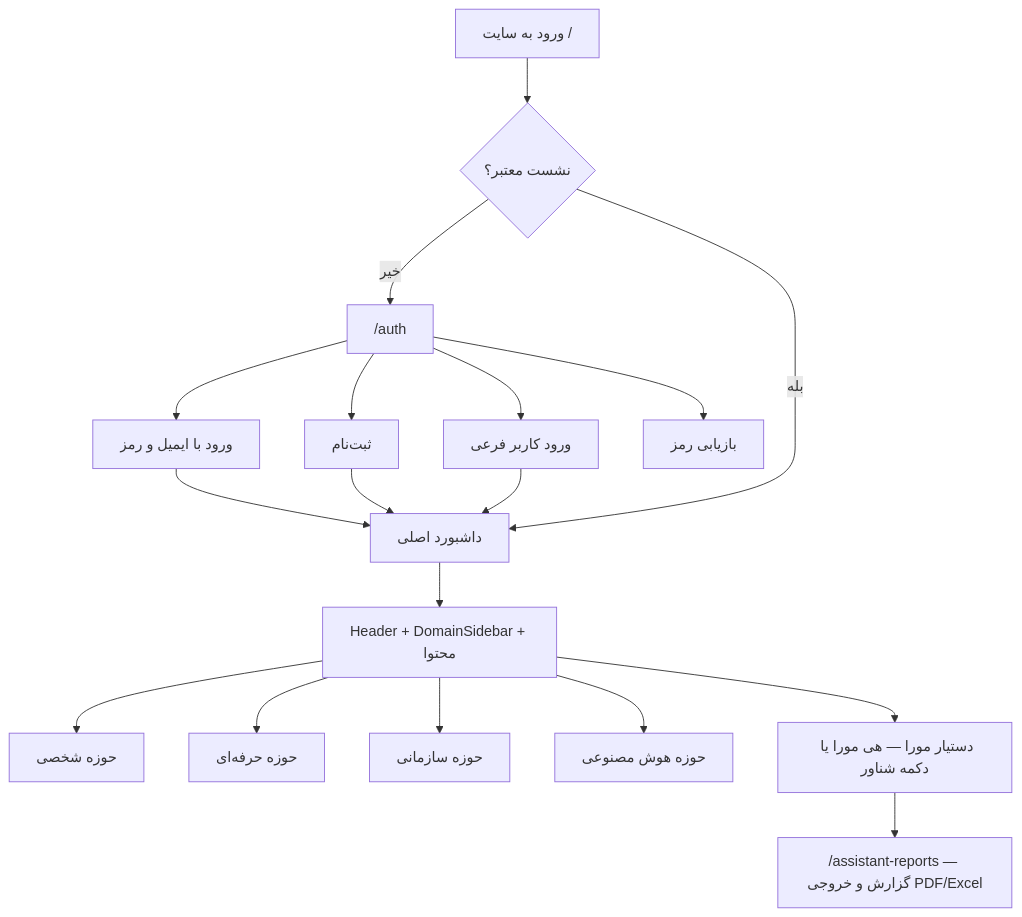
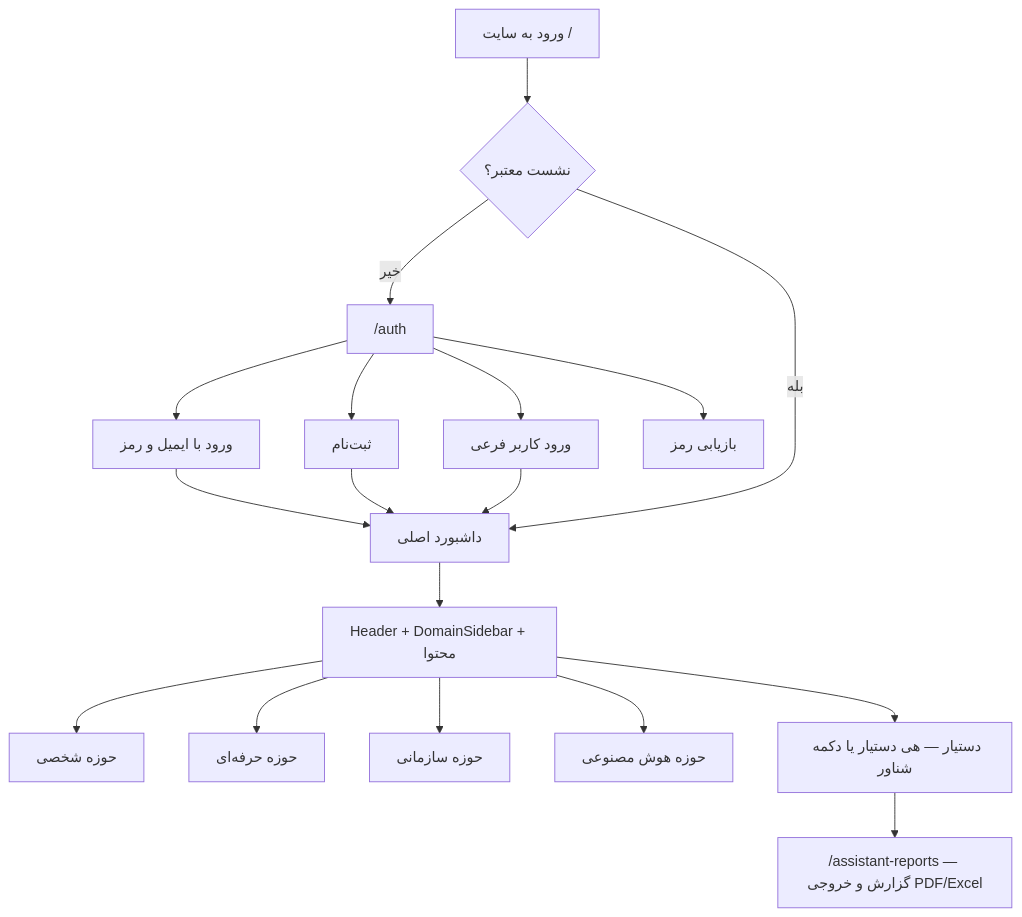
One commit to daneshavaran123-lab/secondbrain changed the second of 7 diagrams in README.md. Above: the diagram before and after it, drawn with Mermaid. The commit also changed other lines of this file and 32 other files, not shown here.

````diff
--- a/README.md
+++ b/README.md
@@ -127,20 +127,20 @@
 ```mermaid
 flowchart TD
   A["ورود به سایت /"] --> B{"نشست معتبر؟"}
   B -- خیر --> C["/auth"]
   C --> C1["ورود با ایمیل و رمز"]
   C --> C2["ثبت‌نام"]
   C --> C3["ورود کاربر فرعی"]
   C --> C4["بازیابی رمز"]
   C1 --> D
   C2 --> D
   C3 --> D
   B -- بله --> D["داشبورد اصلی"]
   D --> E["Header + DomainSidebar + محتوا"]
   E --> F1["حوزه شخصی"]
   E --> F2["حوزه حرفه‌ای"]
   E --> F3["حوزه سازمانی"]
   E --> F4["حوزه هوش مصنوعی"]
-  E --> G["دستیار مورا — هی مورا یا دکمه شناور"]
+  E --> G["دستیار — هی دستیار یا دکمه شناور"]
   G --> H["/assistant-reports — گزارش و خروجی PDF/Excel"]
 ```
````
